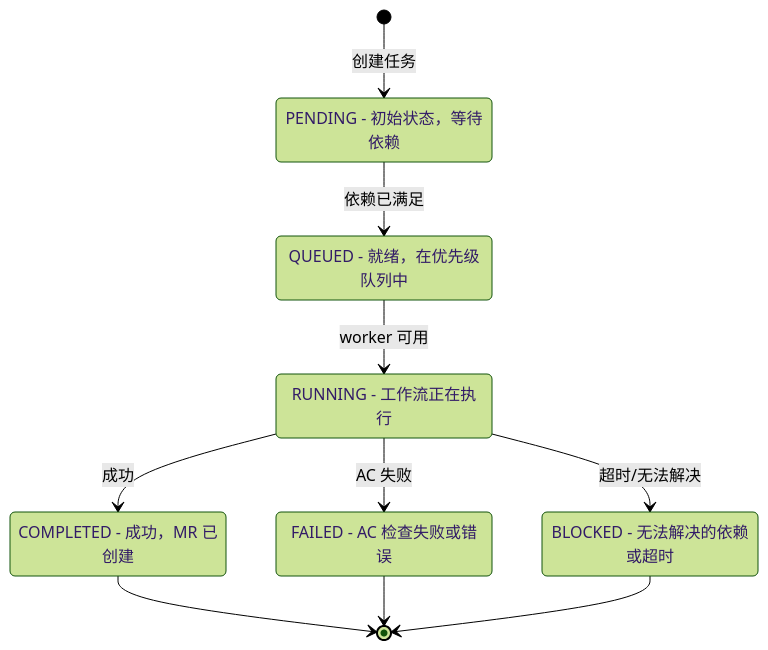
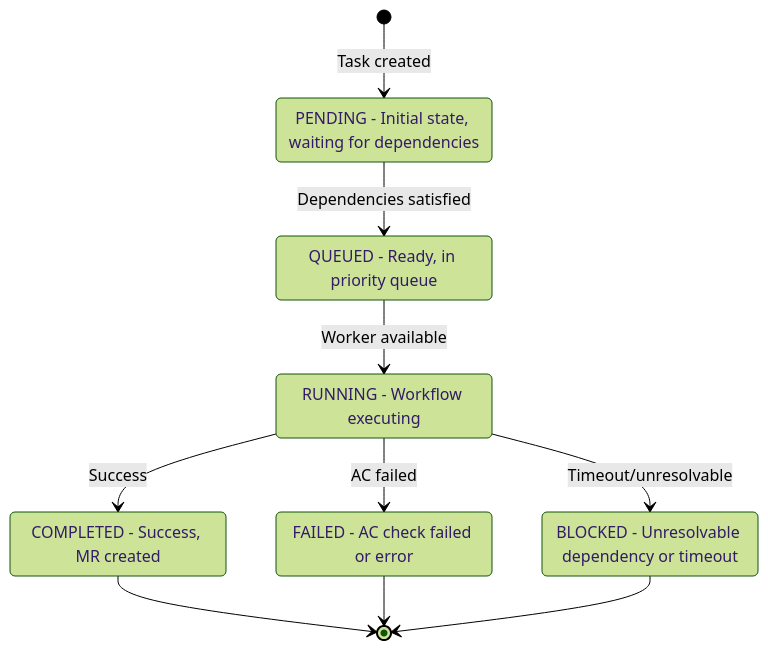
One commit to easyhaloo/afk changed the fourth of 9 diagrams in docs/WORKFLOWS.md. Above: the diagram before and after it, drawn with Mermaid (forest theme). The commit also changed other lines of this file, not shown here.

````diff
--- a/docs/WORKFLOWS.md
+++ b/docs/WORKFLOWS.md
@@ -161,20 +161,20 @@
 ```mermaid
 stateDiagram-v2
-    [*] --> PENDING: 创建任务
-    PENDING: PENDING - 初始状态，等待依赖
-    QUEUED: QUEUED - 就绪，在优先级队列中
-    RUNNING: RUNNING - 工作流正在执行
-    COMPLETED: COMPLETED - 成功，MR 已创建
-    FAILED: FAILED - AC 检查失败或错误
-    BLOCKED: BLOCKED - 无法解决的依赖或超时
+    [*] --> PENDING: Task created
+    PENDING: PENDING - Initial state, waiting for dependencies
+    QUEUED: QUEUED - Ready, in priority queue
+    RUNNING: RUNNING - Workflow executing
+    COMPLETED: COMPLETED - Success, MR created
+    FAILED: FAILED - AC check failed or error
+    BLOCKED: BLOCKED - Unresolvable dependency or timeout
 
-    PENDING --> QUEUED: 依赖已满足
-    QUEUED --> RUNNING: worker 可用
-    RUNNING --> COMPLETED: 成功
-    RUNNING --> FAILED: AC 失败
-    RUNNING --> BLOCKED: 超时/无法解决
+    PENDING --> QUEUED: Dependencies satisfied
+    QUEUED --> RUNNING: Worker available
+    RUNNING --> COMPLETED: Success
+    RUNNING --> FAILED: AC failed
+    RUNNING --> BLOCKED: Timeout/unresolvable
 
     COMPLETED --> [*]
     FAILED --> [*]
     BLOCKED --> [*]
 ```
````
